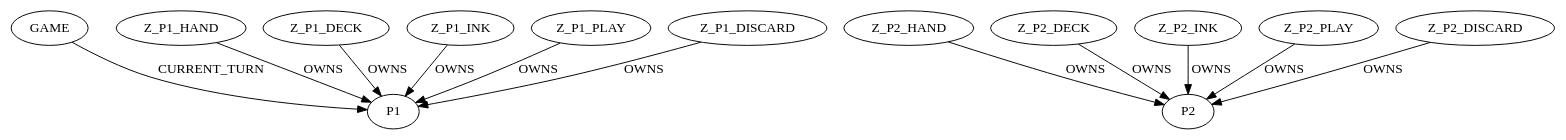
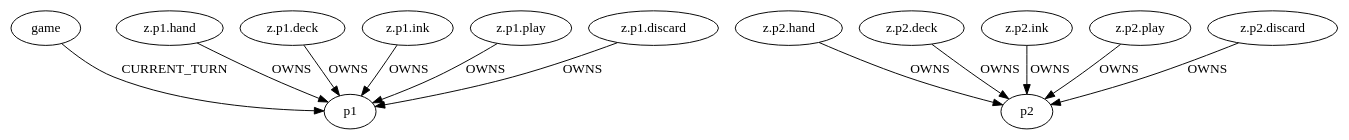
Before and after one commit to kpom-one/dotcana: the diagram in data/template.dot, drawn with Graphviz. The commit also changed 6 other files, not shown here.

Commit message:
Move the dek to a separate non-graph construct

```diff
--- a/data/template.dot
+++ b/data/template.dot
@@ -1,38 +1,38 @@
 digraph lorcana {
 
     // ---- Game State ----
-    GAME [type="Game", turn="0"];
+    game [type="Game", turn="0"];
 
     // ---- Players ----
-    P1 [type="Player", lore="0", ink_drops="1"];
-    P2 [type="Player", lore="0", ink_drops="1"];
+    p1 [type="Player", lore="0", ink_drops="1"];
+    p2 [type="Player", lore="0", ink_drops="1"];
 
-    GAME -> P1 [label="CURRENT_TURN"];
+    game -> p1 [label="CURRENT_TURN"];
 
     // ---- Zones ----
-    Z_P1_HAND    [type="Zone", kind="hand"];
-    Z_P1_DECK    [type="Zone", kind="deck"];
-    Z_P1_INK     [type="Zone", kind="inkwell"];
-    Z_P1_PLAY    [type="Zone", kind="play"];
-    Z_P1_DISCARD [type="Zone", kind="discard"];
+    "z.p1.hand"    [type="Zone", kind="hand"];
+    "z.p1.deck"    [type="Zone", kind="deck"];
+    "z.p1.ink"     [type="Zone", kind="inkwell"];
+    "z.p1.play"    [type="Zone", kind="play"];
+    "z.p1.discard" [type="Zone", kind="discard"];
 
-    Z_P2_HAND    [type="Zone", kind="hand"];
-    Z_P2_DECK    [type="Zone", kind="deck"];
-    Z_P2_INK     [type="Zone", kind="inkwell"];
-    Z_P2_PLAY    [type="Zone", kind="play"];
-    Z_P2_DISCARD [type="Zone", kind="discard"];
+    "z.p2.hand"    [type="Zone", kind="hand"];
+    "z.p2.deck"    [type="Zone", kind="deck"];
+    "z.p2.ink"     [type="Zone", kind="inkwell"];
+    "z.p2.play"    [type="Zone", kind="play"];
+    "z.p2.discard" [type="Zone", kind="discard"];
 
     // ---- Zone Ownership ----
-    Z_P1_HAND    -> P1 [label="OWNS"];
-    Z_P1_DECK    -> P1 [label="OWNS"];
-    Z_P1_INK     -> P1 [label="OWNS"];
-    Z_P1_PLAY    -> P1 [label="OWNS"];
-    Z_P1_DISCARD -> P1 [label="OWNS"];
+    "z.p1.hand"    -> p1 [label="OWNS"];
+    "z.p1.deck"    -> p1 [label="OWNS"];
+    "z.p1.ink"     -> p1 [label="OWNS"];
+    "z.p1.play"    -> p1 [label="OWNS"];
+    "z.p1.discard" -> p1 [label="OWNS"];
 
-    Z_P2_HAND    -> P2 [label="OWNS"];
-    Z_P2_DECK    -> P2 [label="OWNS"];
-    Z_P2_INK     -> P2 [label="OWNS"];
-    Z_P2_PLAY    -> P2 [label="OWNS"];
-    Z_P2_DISCARD -> P2 [label="OWNS"];
+    "z.p2.hand"    -> p2 [label="OWNS"];
+    "z.p2.deck"    -> p2 [label="OWNS"];
+    "z.p2.ink"     -> p2 [label="OWNS"];
+    "z.p2.play"    -> p2 [label="OWNS"];
+    "z.p2.discard" -> p2 [label="OWNS"];
 
 }
```
